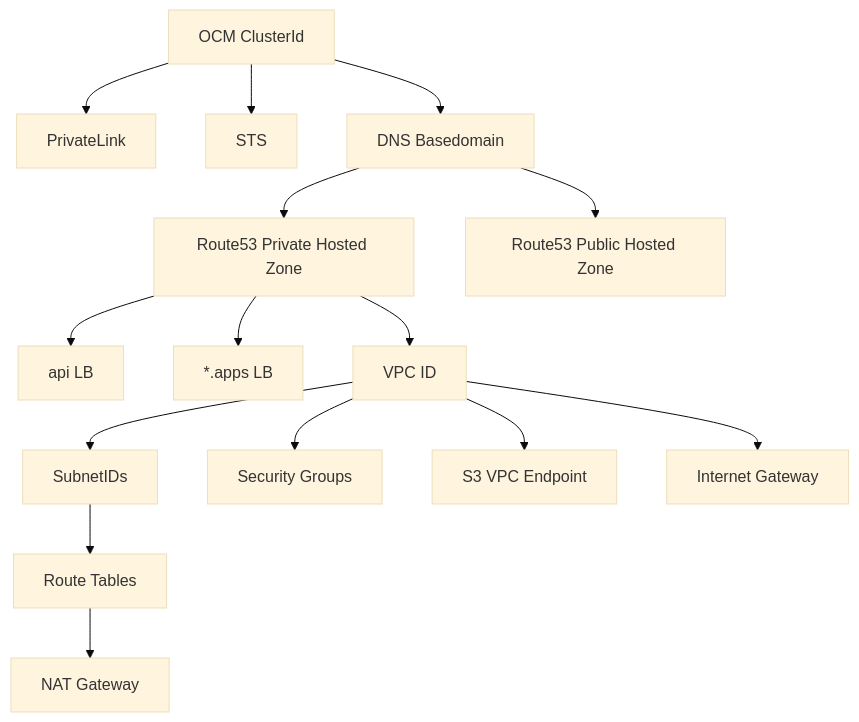
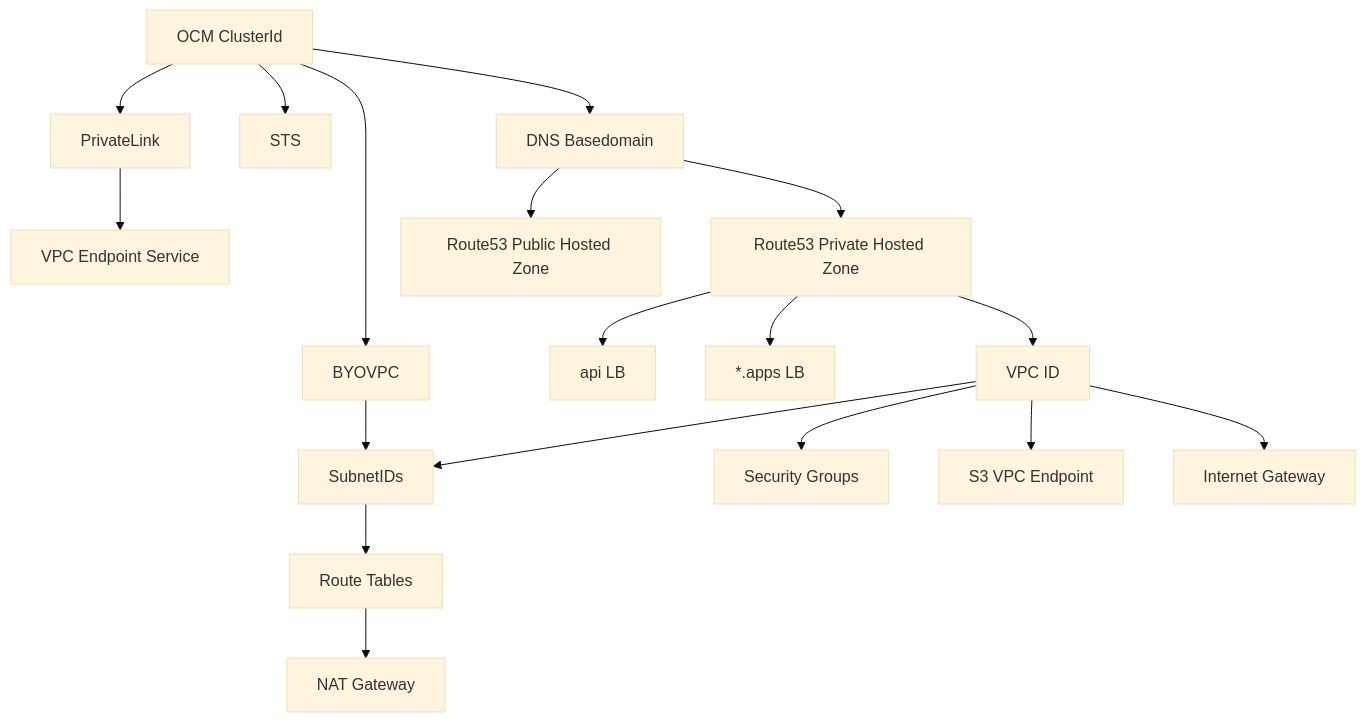
Before and after one commit to mjlshen/mirrosa: the diagram in README.md, drawn with Mermaid (base theme). The commit also changed 1 other file, not shown here.

Commit message:
byovpc docs

````diff
--- a/README.md
+++ b/README.md
@@ -13,17 +13,20 @@
 ```mermaid
 graph TD;
   C[OCM ClusterId]-->P[PrivateLink]
+  P-->VPCES[VPC Endpoint Service]
   C-->STS
   C-->D[DNS Basedomain]
+  C-->BYOVPC
+  BYOVPC-->Subnet
   D-->R[Route53 Private Hosted Zone]
   D-->RPub[Route53 Public Hosted Zone]
   R-->APILB[api LB]
   R-->ALB[*.apps LB]
   R-->V[VPC ID]
   V-->Subnet[SubnetIDs]
   Subnet-->RT[Route Tables]
   V-->SG[Security Groups]
   V-->VPCE[S3 VPC Endpoint]
   V-->IGW[Internet Gateway]
   RT-->NAT[NAT Gateway]
 ```
````
